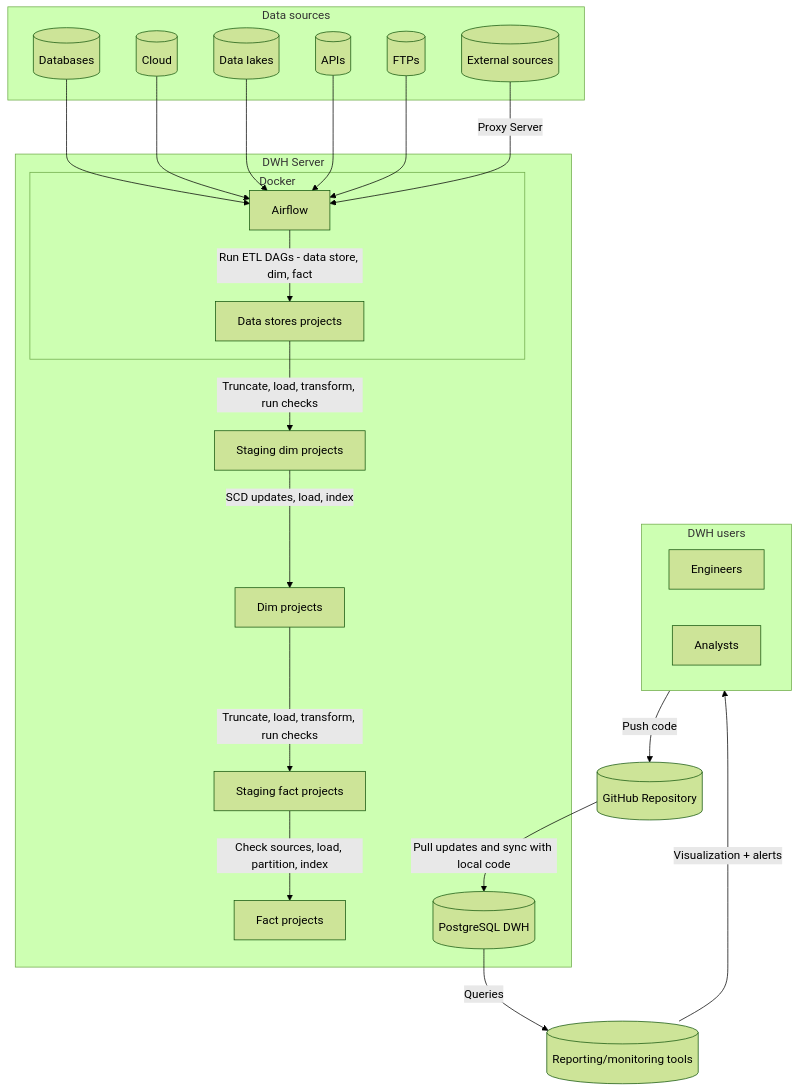
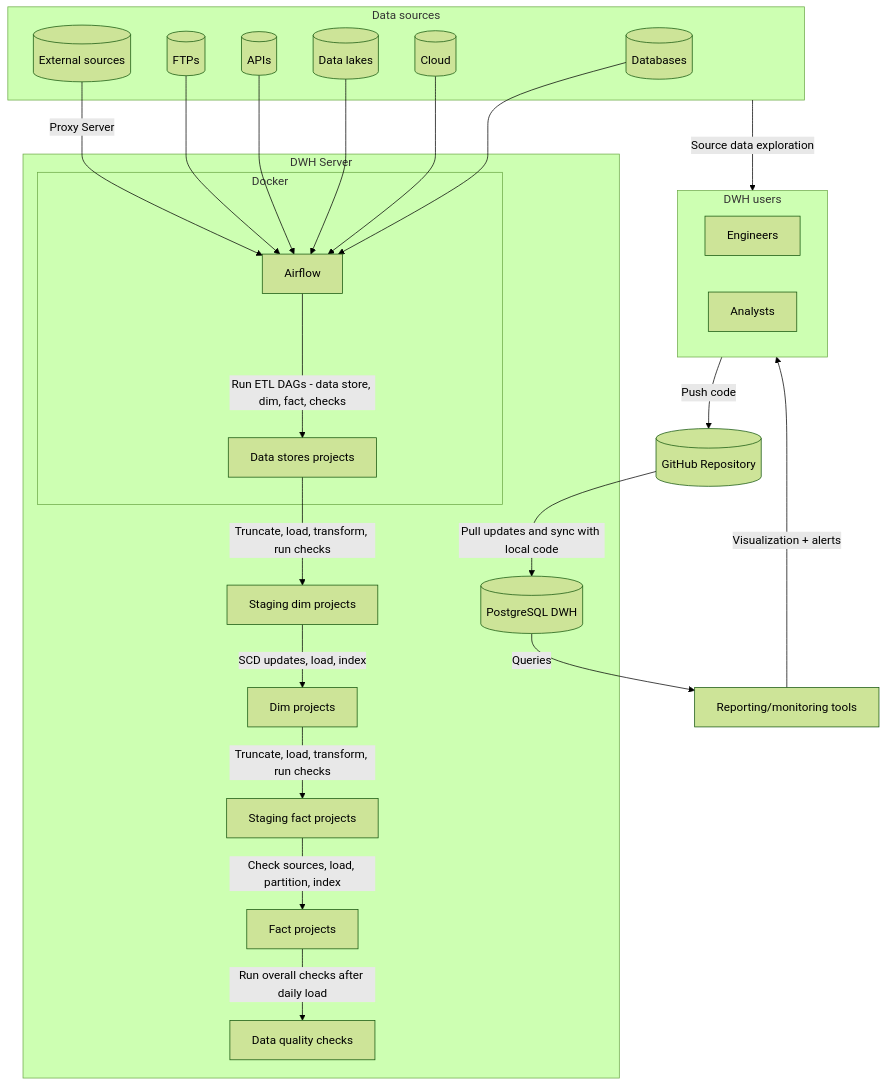
One commit to ArgentumZZ/Data-Warehouse changed the diagram in README.md. Above: the diagram before and after it, drawn with Mermaid (forest theme).

Commit message:
Updated DA diagram

````diff
--- a/README.md
+++ b/README.md
@@ -14,66 +14,69 @@
 ```mermaid
 graph TB
 
     %% DATA SOURCES
     subgraph Data_Sources [Data sources]
         DBs[(Databases)]
         CDWH[(Cloud)]
         DL[(Data lakes)]
         API[(APIs)]
         FTP[(FTPs)]
         ES[(External sources)]
     end
 
     %% ============================
     %%        DWH SERVER
     %% ============================
 
     subgraph DWH_Server [DWH Server]
         
         %% Docker runs Airflow + Data Stores
         subgraph Docker [Docker]
             AF[Airflow]
             DS[Data stores projects]
         end
         
         STG_DIM[Staging dim projects]
         DIM[Dim projects]
         STG_FACT[Staging fact projects]
         FACT[Fact projects]
+        DQ[Data quality checks]
         DWH[(PostgreSQL DWH)]
     end
     
     %% GitHub Integration
     GH[(GitHub Repository)] -- Pull updates and sync with local code --> DWH
 
     
     %% DWH Users
     subgraph DWH_USERS [DWH users]
         DWHE[Engineers]
         AN[Analysts]
     end
-    REP[(Reporting/monitoring tools)]
+    REP[Reporting/monitoring tools]
     
     %% Data Sources → Airflow
     DBs --> AF
     CDWH --> AF
     DL --> AF
     API --> AF
     FTP --> AF
     ES -- Proxy Server --> AF
 
     %% Airflow → Data Store → DWH
-    AF -- Run ETL DAGs - data store, dim, fact --> DS
+    AF -- Run ETL DAGs - data store, dim, fact, checks --> DS
 
     DS -- Truncate, load, transform, run checks --> STG_DIM
     STG_DIM -- SCD updates, load, index --> DIM
     DIM -- Truncate, load, transform, run checks --> STG_FACT
     STG_FACT -- Check sources, load, partition, index --> FACT
+    FACT -- Run overall checks after daily load --> DQ
     %% ============================
     %%        ANALYTICS LAYER
     %% ============================
     
     DWH -- Queries --> REP
     DWH_USERS -- Push code --> GH
     REP -- Visualization + alerts --> DWH_USERS
+    Data_Sources -- Source data exploration --> DWH_USERS
 ```  
````
